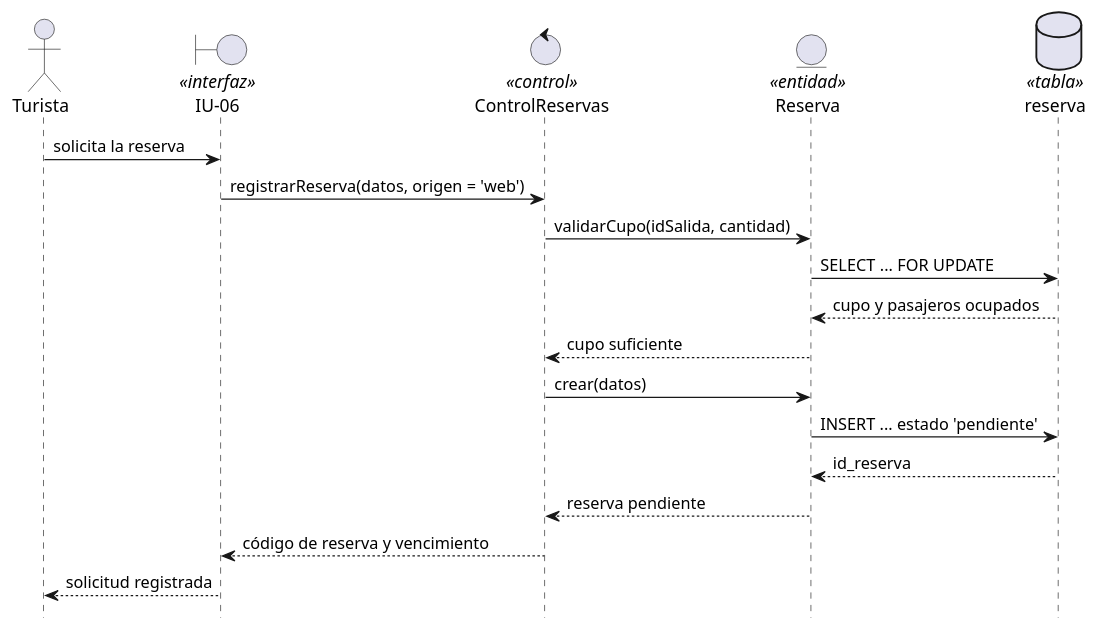
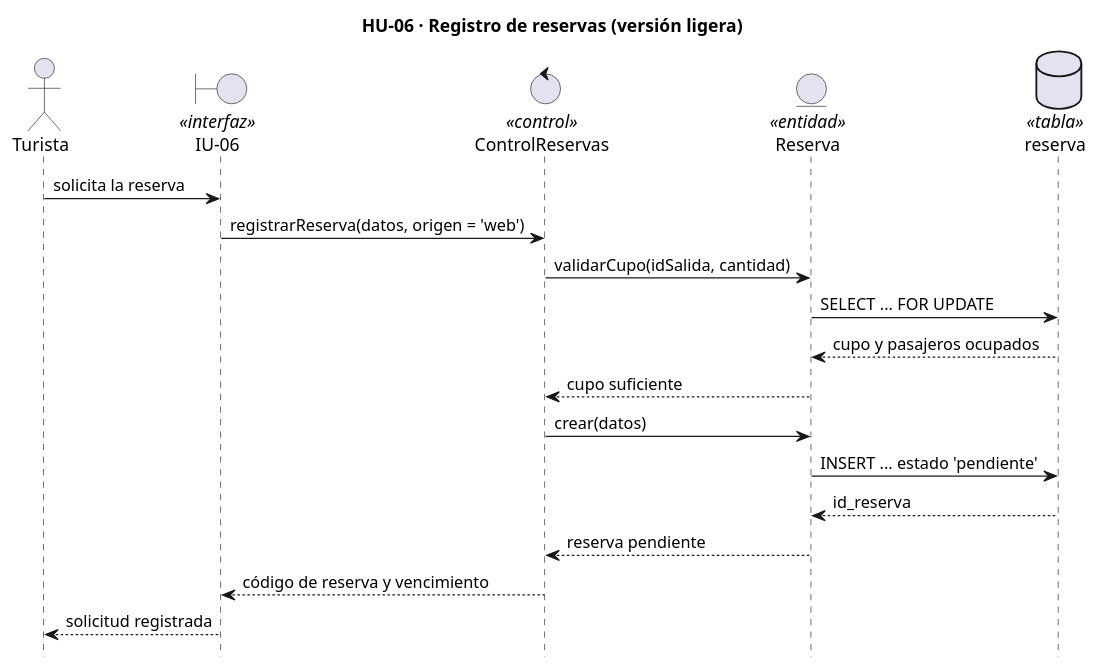
The diagram in sistema/diagramas/uml/secuencia-light/hu-06-registrar-reserva.puml (fervflow/sis-inf3-proyecto-formativo), drawn with PlantUML before and after one commit. The commit also changed 24 other files, not shown here.

Commit message:
feat: titulo de HU en diagramas de secuencia

```diff
--- a/sistema/diagramas/uml/secuencia-light/hu-06-registrar-reserva.puml
+++ b/sistema/diagramas/uml/secuencia-light/hu-06-registrar-reserva.puml
@@ -1,23 +1,23 @@
 @startuml
-' HU-06 · Registro de reservas (versión ligera)
+title HU-06 · Registro de reservas (versión ligera)
 hide footbox
 
 actor "Turista" as TUR
 boundary "IU-06" as UI <<interfaz>>
 control "ControlReservas" as CTRL <<control>>
 entity "Reserva" as E_RESERVA <<entidad>>
 database "reserva" as T_RESERVA <<tabla>>
 
 TUR -> UI : solicita la reserva
 UI -> CTRL : registrarReserva(datos, origen = 'web')
 CTRL -> E_RESERVA : validarCupo(idSalida, cantidad)
 E_RESERVA -> T_RESERVA : SELECT ... FOR UPDATE
 T_RESERVA --> E_RESERVA : cupo y pasajeros ocupados
 E_RESERVA --> CTRL : cupo suficiente
 CTRL -> E_RESERVA : crear(datos)
 E_RESERVA -> T_RESERVA : INSERT ... estado 'pendiente'
 T_RESERVA --> E_RESERVA : id_reserva
 E_RESERVA --> CTRL : reserva pendiente
 CTRL --> UI : código de reserva y vencimiento
 UI --> TUR : solicitud registrada
 @enduml
```
